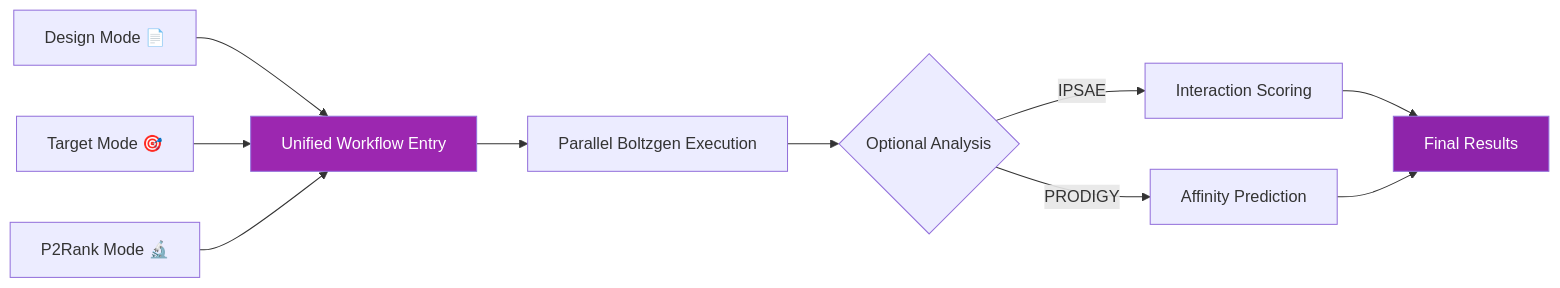
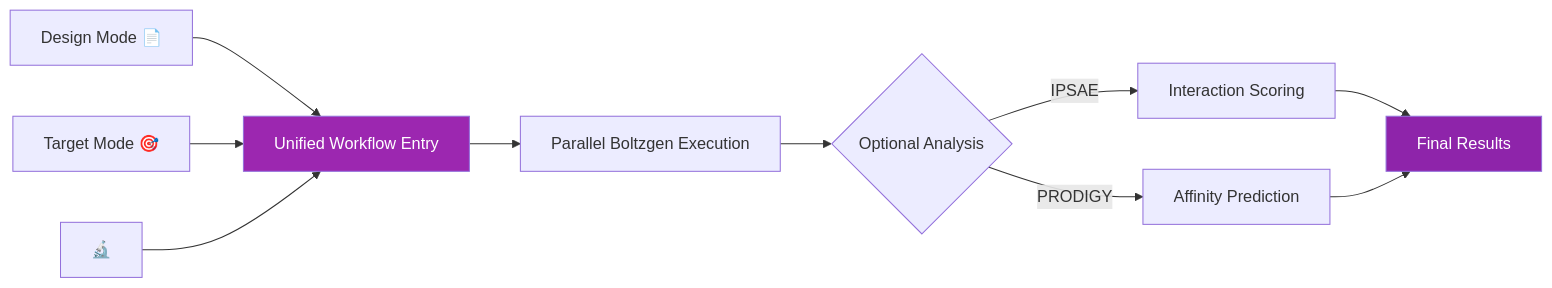
Before and after one commit to seqeralabs/nf-proteindesign: the diagram in docs/modes/overview.md, drawn with Mermaid. The commit also changed other lines of this file and 23 other files, not shown here.

First line of the commit message:
Remove P2Rank flow and documentation

````diff
--- a/docs/modes/overview.md
+++ b/docs/modes/overview.md
@@ -20,16 +20,16 @@
 ```mermaid
 flowchart LR
     A[Design Mode 📄] --> D[Unified Workflow Entry]
     B[Target Mode 🎯] --> D
-    C[P2Rank Mode 🔬] --> D
+    C[ 🔬] --> D
     
     D --> E[Parallel Boltzgen Execution]
     E --> F{Optional Analysis}
     F -->|IPSAE| G[Interaction Scoring]
     F -->|PRODIGY| H[Affinity Prediction]
     G --> I[Final Results]
     H --> I
     
     style D fill:#9C27B0,color:#fff
     style I fill:#8E24AA,color:#fff
 ```
````
